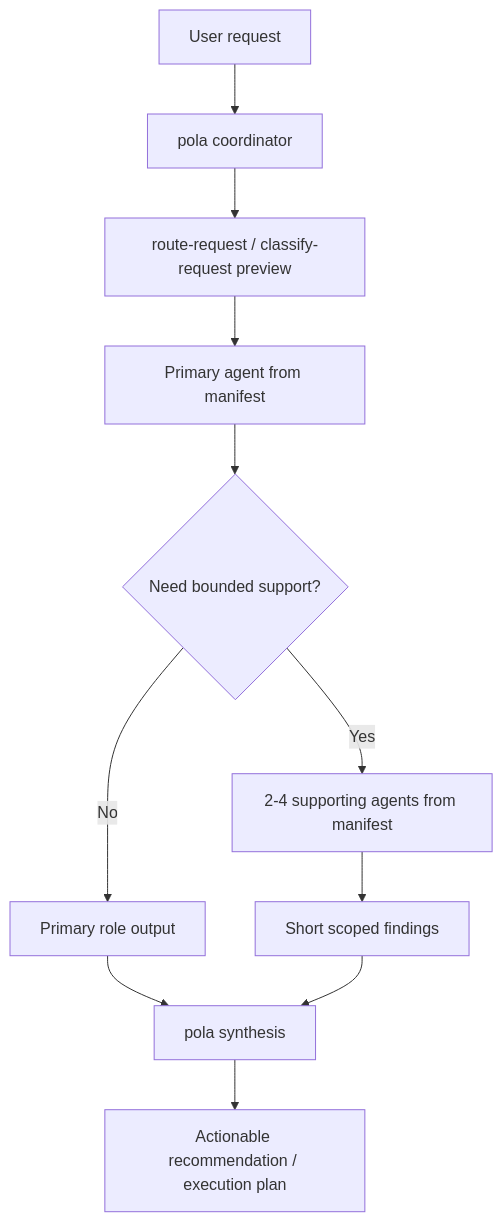
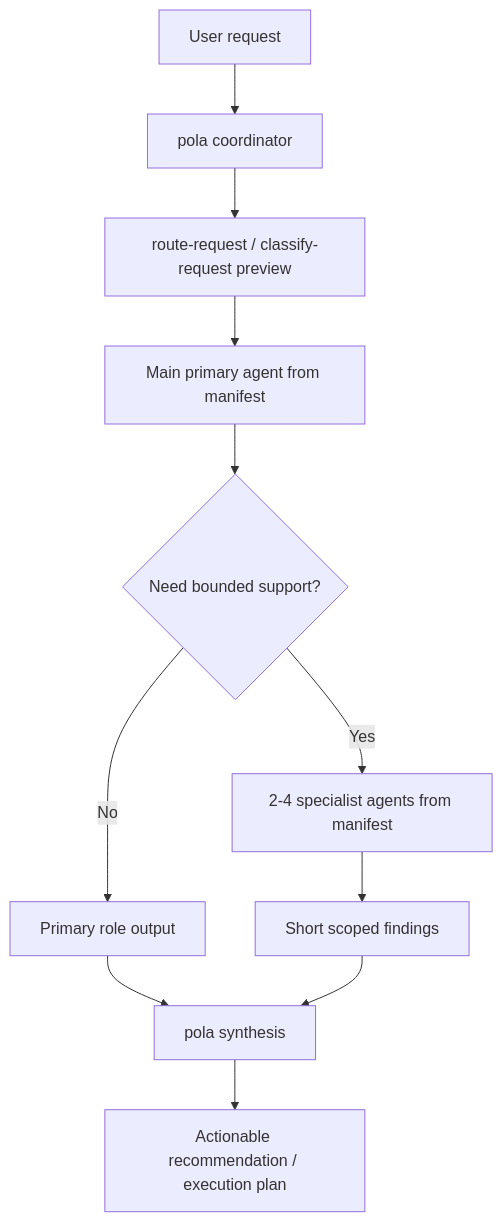
Before and after one commit to liquiid727/SpecOps-Web-Console: the second of 2 diagrams in .agents/README.md, drawn with Mermaid. The commit also changed other lines of this file and 138 other files, not shown here.

````diff
--- a/.agents/README.md
+++ b/.agents/README.md
@@ -112,13 +115,13 @@
 ```mermaid
 flowchart TD
   A["User request"] --> B["pola coordinator"]
   B --> C["route-request / classify-request preview"]
-  C --> D["Primary agent from manifest"]
+  C --> D["Main primary agent from manifest"]
   D --> E{"Need bounded support?"}
   E -->|No| F["Primary role output"]
-  E -->|Yes| G["2-4 supporting agents from manifest"]
+  E -->|Yes| G["2-4 specialist agents from manifest"]
   G --> H["Short scoped findings"]
   F --> I["pola synthesis"]
   H --> I
   I --> J["Actionable recommendation / execution plan"]
 ```
````
